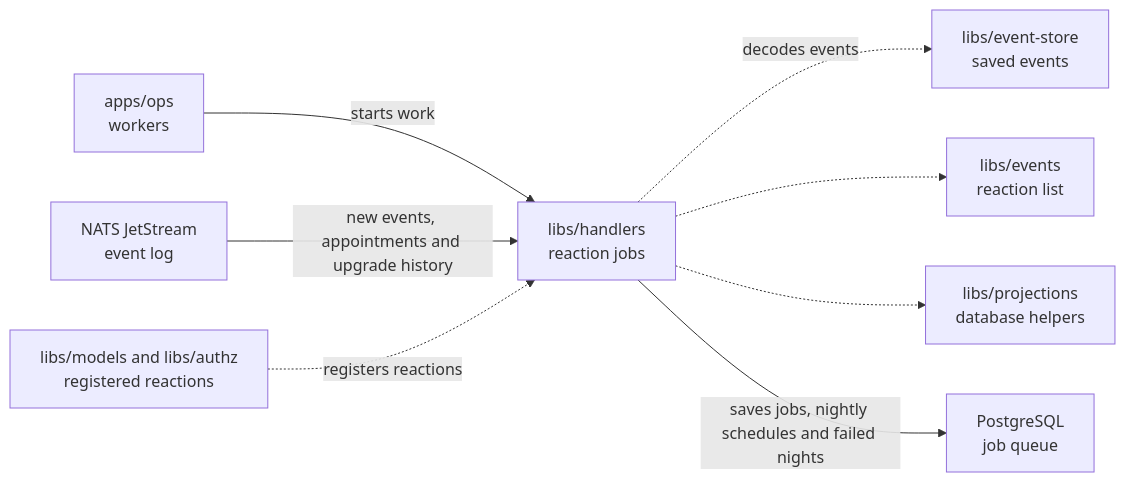
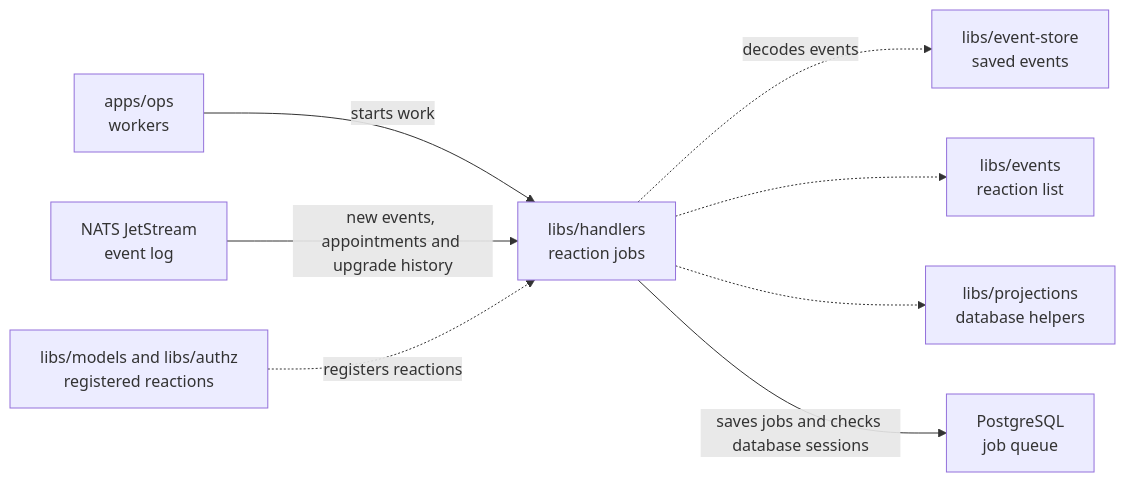
The diagram in libs/handlers/README.md (elewa-git/opencrane-new), drawn with Mermaid before and after one commit. The commit also changed other lines of this file and 10 other files, not shown here.

First line of the commit message:
🧪 The upgrade check skips only known PostgreSQL helper sessions and never prints client SQL, so its test no longer times out at random (#385)

````diff
--- a/libs/handlers/README.md
+++ b/libs/handlers/README.md
@@ -28,10 +28,10 @@
 ```mermaid
 flowchart LR
   ops["apps/ops<br/>workers"] -->|starts work| handlers["libs/handlers<br/>reaction jobs"]
   nats["NATS JetStream<br/>event log"] -->|new events, appointments and upgrade history| handlers
   reactions["libs/models and libs/authz<br/>registered reactions"] -.->|registers reactions| handlers
   handlers -.->|decodes events| store["libs/event-store<br/>saved events"]
   handlers -.-> events["libs/events<br/>reaction list"]
   handlers -.-> projections["libs/projections<br/>database helpers"]
-  handlers -->|saves jobs, nightly schedules and failed nights| pg["PostgreSQL<br/>job queue"]
+  handlers -->|saves jobs and checks database sessions| pg["PostgreSQL<br/>job queue"]
 ```
````
